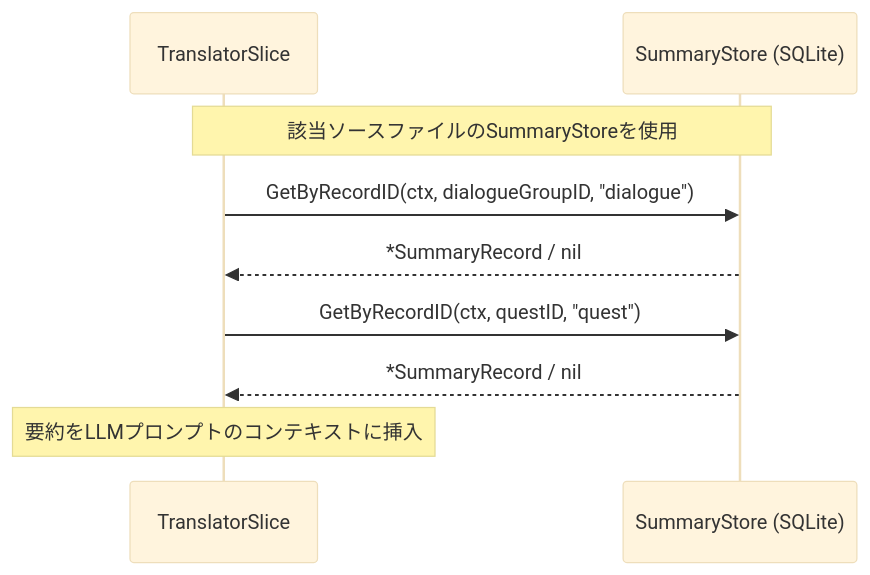
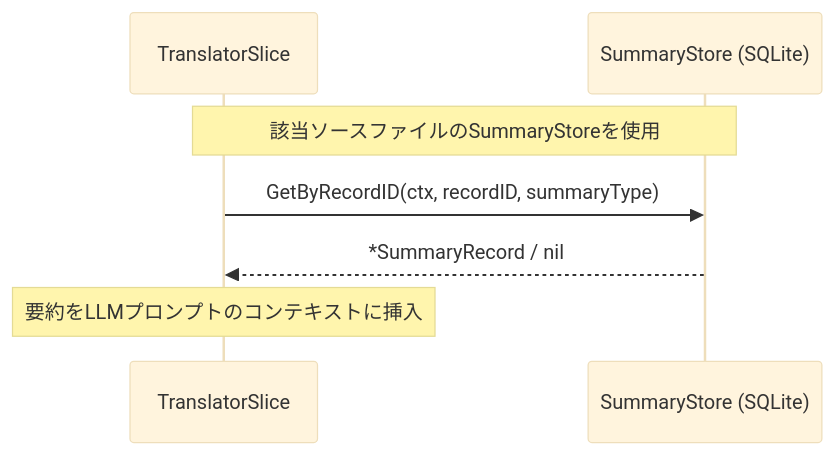
One commit to ishibata91/ai-translation-engine-2 changed the third of 3 diagrams in specs/SummaryGeneratorSlice/summary_generator_sequence_diagram.md. Above: the diagram before and after it, drawn with Mermaid (base theme). The commit also changed other lines of this file and 5 other files, not shown here.

````diff
--- a/specs/SummaryGeneratorSlice/summary_generator_sequence_diagram.md
+++ b/specs/SummaryGeneratorSlice/summary_generator_sequence_diagram.md
@@ -92,15 +63,12 @@
 ```mermaid
 sequenceDiagram
     participant TS as TranslatorSlice
     participant SS as SummaryStore (SQLite)
 
     Note over TS,SS: 該当ソースファイルのSummaryStoreを使用
 
-    TS->>SS: GetByRecordID(ctx, dialogueGroupID, "dialogue")
-    SS-->>TS: *SummaryRecord / nil
-
-    TS->>SS: GetByRecordID(ctx, questID, "quest")
+    TS->>SS: GetByRecordID(ctx, recordID, summaryType)
     SS-->>TS: *SummaryRecord / nil
 
     Note over TS: 要約をLLMプロンプトのコンテキストに挿入
 ```
````
